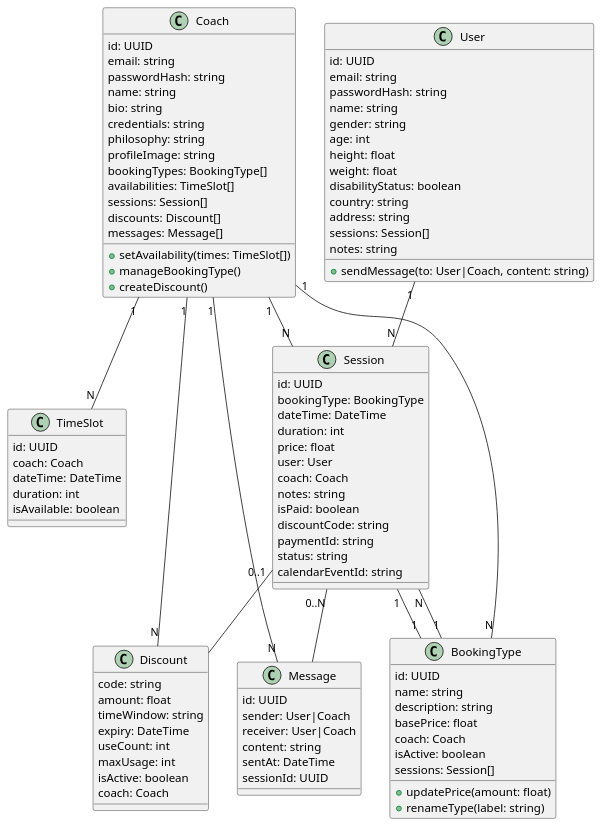
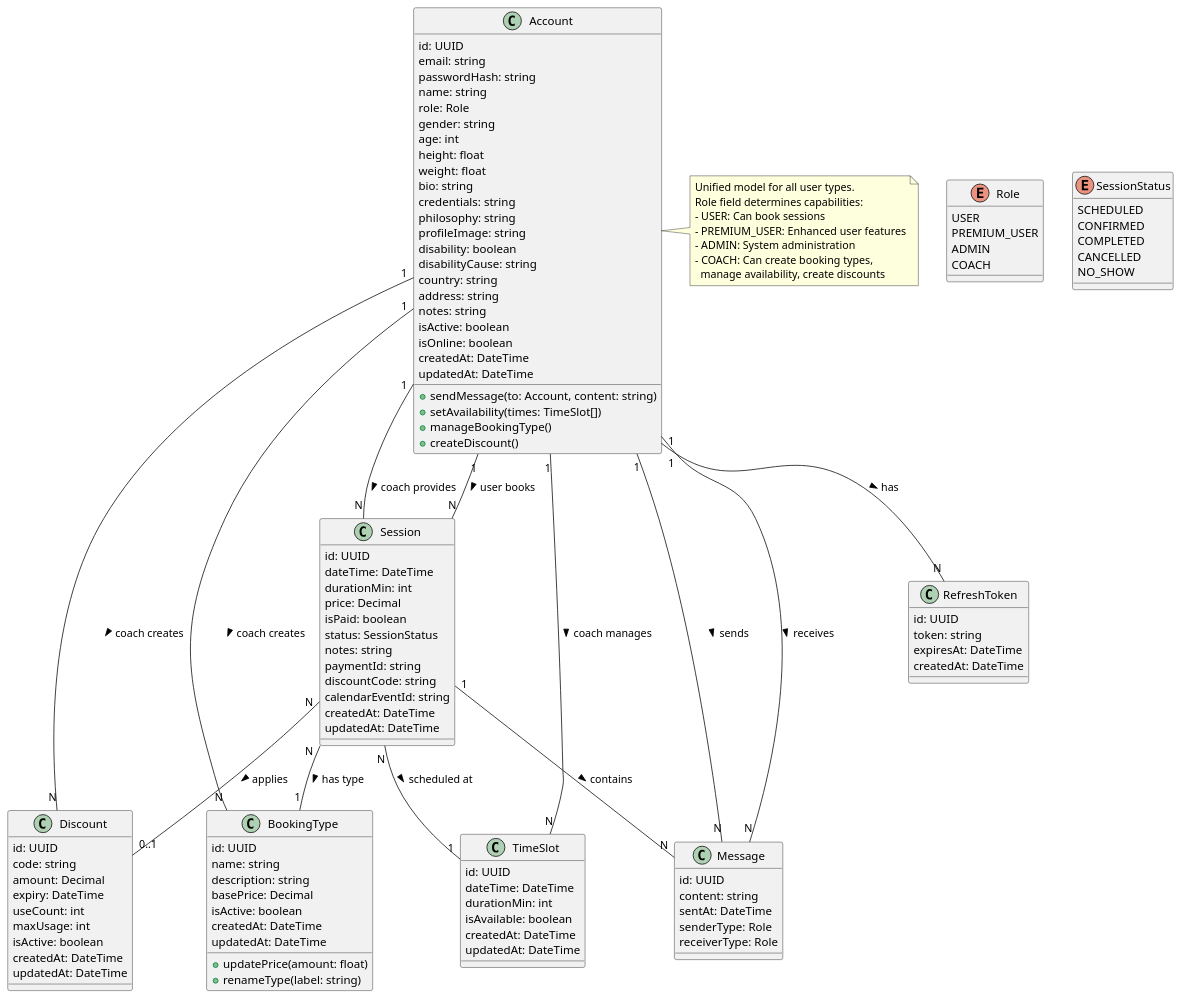
Before and after one commit to ahmed-n-abdeltwab/tennis-coach-platform: the diagram in docs/diagrams/class.puml, drawn with PlantUML. The commit also changed 2 other files, not shown here.

Commit message:
docs: update test types deprecation notice and modernize architecture diagrams
- Add comprehensive deprecation notice to global test types file explaining unused globals and recommending composition-based @test-utils pattern
- Include migration guide with example code showing IntegrationTest usage for new tests
- Refactor class diagram to use unified Account model instead of separate User/Coach classes
- Add Role and SessionStatus enums to class diagram for better type representation
- Update class diagram relationships to reflect modern database schema with single accounts table
- Enhance component diagram with additional modules (IAM, Messages, Calendar, Notifications, Health, Logger)
- Reorganize component diagram to show Prisma and Redis modules explicitly
- Update database representation from separate tables to unified schema structure
- Add external services cloud section and Redis cache representation
- Improve diagram documentation with notes explaining Account role-based capabilities
- Modernize terminology (PostgreSQL capitalization, component descriptions)

```diff
--- a/docs/diagrams/class.puml
+++ b/docs/diagrams/class.puml
@@ -1,104 +1,140 @@
 @startuml
-class User {
+enum Role {
+  USER
+  PREMIUM_USER
+  ADMIN
+  COACH
+}
+
+enum SessionStatus {
+  SCHEDULED
+  CONFIRMED
+  COMPLETED
+  CANCELLED
+  NO_SHOW
+}
+
+class Account {
   id: UUID
   email: string
   passwordHash: string
   name: string
+  role: Role
   gender: string
   age: int
   height: float
   weight: float
-  disabilityStatus: boolean
-  country: string
-  address: string
-  sessions: Session[]
-  notes: string
-  +sendMessage(to: User|Coach, content: string)
-}
-
-class Coach {
-  id: UUID
-  email: string
-  passwordHash: string
-  name: string
   bio: string
   credentials: string
   philosophy: string
   profileImage: string
-  bookingTypes: BookingType[]
-  availabilities: TimeSlot[]
-  sessions: Session[]
-  discounts: Discount[]
-  messages: Message[]
+  disability: boolean
+  disabilityCause: string
+  country: string
+  address: string
+  notes: string
+  isActive: boolean
+  isOnline: boolean
+  createdAt: DateTime
+  updatedAt: DateTime
+  +sendMessage(to: Account, content: string)
   +setAvailability(times: TimeSlot[])
   +manageBookingType()
   +createDiscount()
 }
 
 class BookingType {
   id: UUID
   name: string
   description: string
-  basePrice: float
-  coach: Coach
+  basePrice: Decimal
   isActive: boolean
-  sessions: Session[]
+  createdAt: DateTime
+  updatedAt: DateTime
   +updatePrice(amount: float)
   +renameType(label: string)
 }
 
 class Session {
   id: UUID
-  bookingType: BookingType
   dateTime: DateTime
-  duration: int
-  price: float
-  user: User
-  coach: Coach
+  durationMin: int
+  price: Decimal
+  isPaid: boolean
+  status: SessionStatus
   notes: string
-  isPaid: boolean
+  paymentId: string
   discountCode: string
-  paymentId: string
-  status: string
   calendarEventId: string
+  createdAt: DateTime
+  updatedAt: DateTime
 }
 
 class Discount {
+  id: UUID
   code: string
-  amount: float
-  timeWindow: string
+  amount: Decimal
   expiry: DateTime
   useCount: int
   maxUsage: int
   isActive: boolean
-  coach: Coach
+  createdAt: DateTime
+  updatedAt: DateTime
 }
 
 class Message {
   id: UUID
-  sender: User|Coach
-  receiver: User|Coach
   content: string
   sentAt: DateTime
-  sessionId: UUID
+  senderType: Role
+  receiverType: Role
 }
 
 class TimeSlot {
   id: UUID
-  coach: Coach
   dateTime: DateTime
-  duration: int
+  durationMin: int
   isAvailable: boolean
+  createdAt: DateTime
+  updatedAt: DateTime
 }
 
-Coach "1" -- "N" BookingType
-Coach "1" -- "N" Session
-Coach "1" -- "N" Discount
-Coach "1" -- "N" Message
-Coach "1" -- "N" TimeSlot
-User "1" -- "N" Session
-Session "1" -- "1" BookingType
-Session "0..1" -- Discount
-Session "0..N" -- Message
-BookingType "1" -- "N" Session
+class RefreshToken {
+  id: UUID
+  token: string
+  expiresAt: DateTime
+  createdAt: DateTime
+}
+
+' Account relationships (Coach role)
+Account "1" -- "N" BookingType : coach creates >
+Account "1" -- "N" TimeSlot : coach manages >
+Account "1" -- "N" Discount : coach creates >
+
+' Account relationships (User/Coach sessions)
+Account "1" -- "N" Session : user books >
+Account "1" -- "N" Session : coach provides >
+
+' Account relationships (Messages)
+Account "1" -- "N" Message : sends >
+Account "1" -- "N" Message : receives >
+
+' Account relationships (Auth)
+Account "1" -- "N" RefreshToken : has >
+
+' Session relationships
+Session "N" -- "1" BookingType : has type >
+Session "N" -- "1" TimeSlot : scheduled at >
+Session "N" -- "0..1" Discount : applies >
+Session "1" -- "N" Message : contains >
+
+note right of Account
+  Unified model for all user types.
+  Role field determines capabilities:
+  - USER: Can book sessions
+  - PREMIUM_USER: Enhanced user features
+  - ADMIN: System administration
+  - COACH: Can create booking types,
+    manage availability, create discounts
+end note
 @enduml
```
